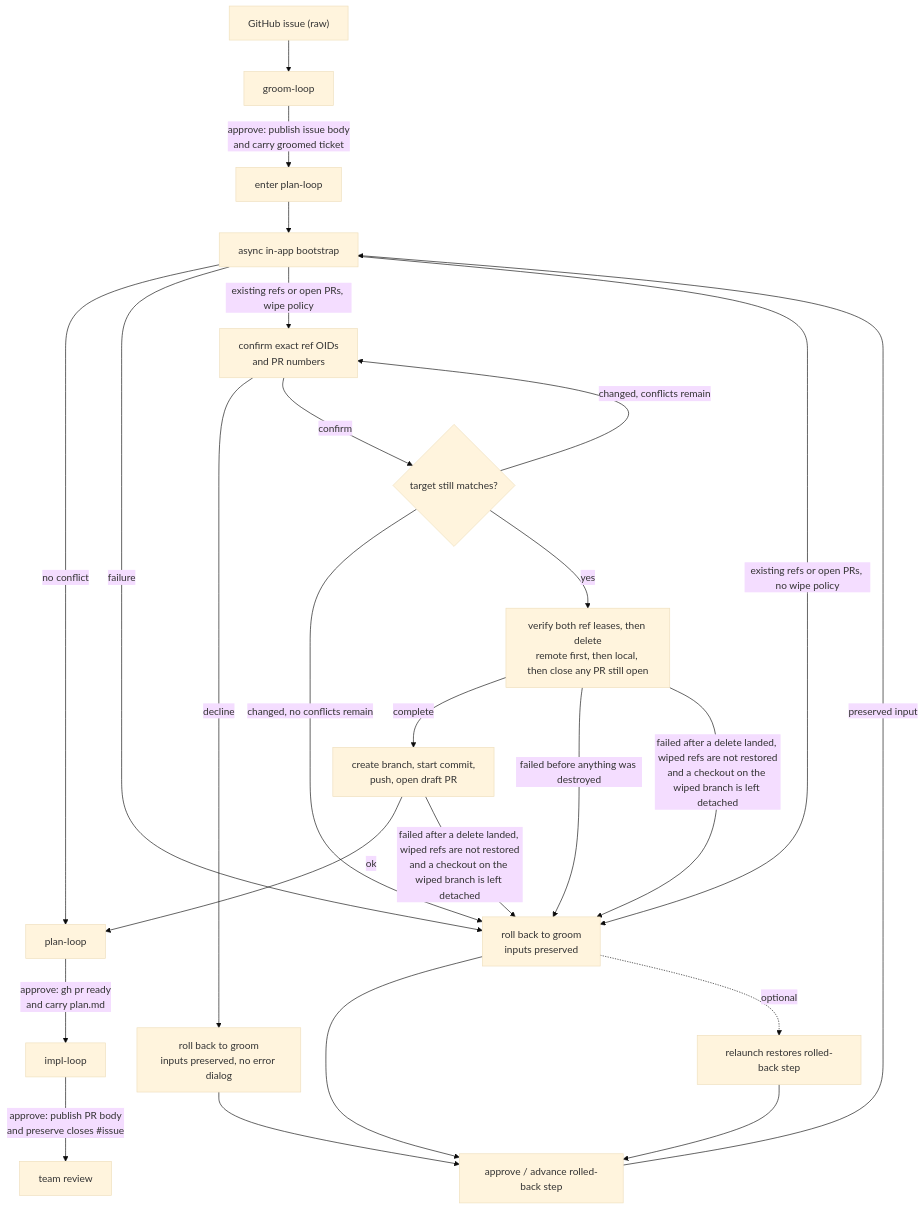
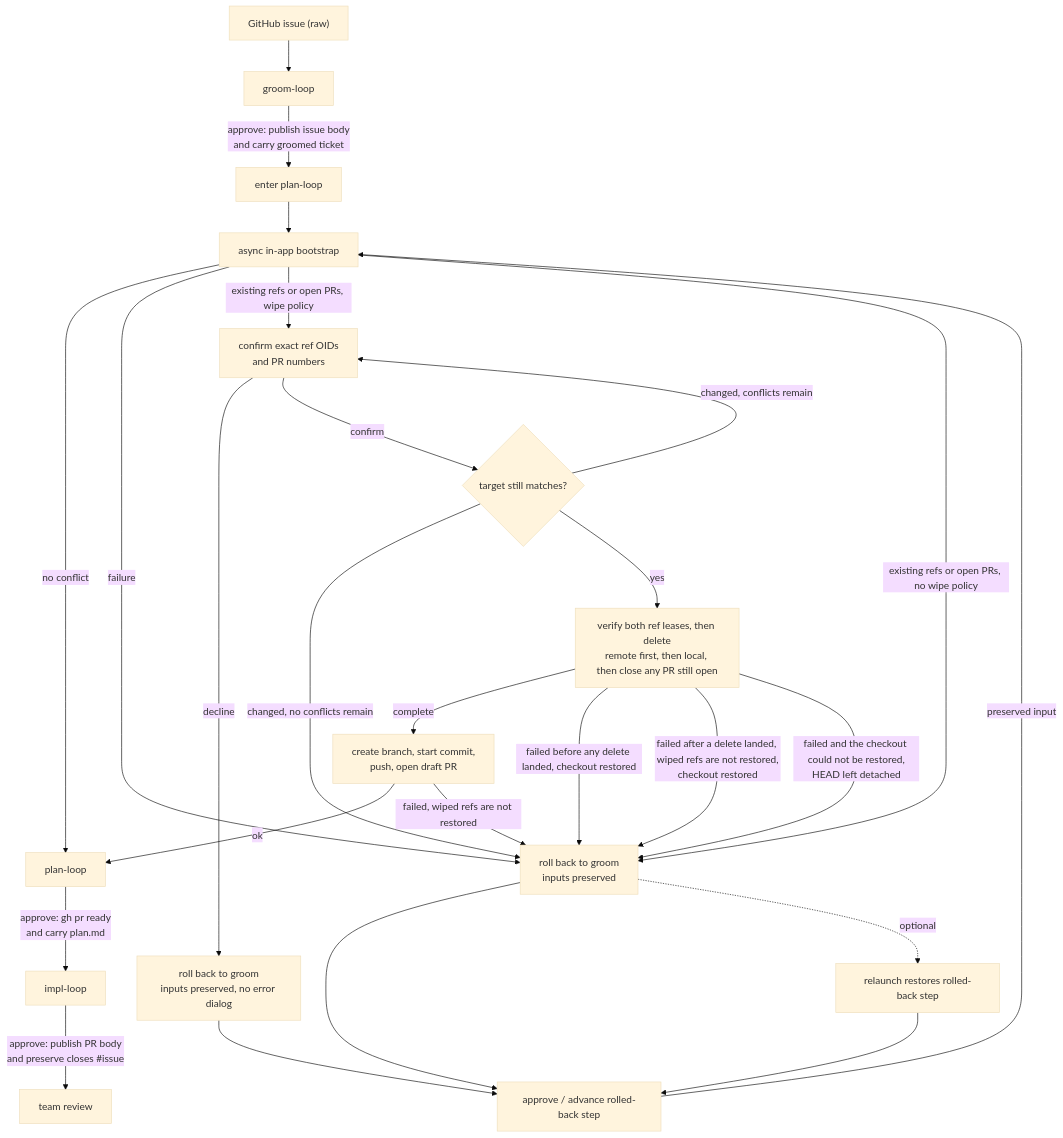
Before and after one commit to dylanb/agent-terminal: the second of 2 diagrams in docs/spec/27-in-terminal-loop-engine-the-live-design.md, drawn with Mermaid (base theme). The commit also changed 1 other file, not shown here.

Commit message:
docs+test: hold the gc precedence, and re-sync the §18.1 listing [skip ci]
The gc regression test proved the flags were PRESENT but not that they
OUTRANK configArgs — it passed none, so reordering the spread left it
green and the precedence rested on a comment. Passing them now kills the
reorder mutant, and the comment goes.

Getting there corrected an assumption: contesting gc.auto alone did NOT
discriminate the ordering, because maintenance.auto=false was suppressing
the run on its own. The caller has to contest both, which also shows
gc.auto=0 alone would not have been sufficient.

The §27.10 wipe edges are re-partitioned again: 12667b1 wrote them from
a round-6 suggestion without re-checking 662a410, which had ADDED
checkout restoration — so "a checkout is left detached" asserted a
residue the code refutes on the ordinary path. Three edges now: nothing
destroyed, a delete landed with the checkout restored, and the restore
failed too.

And §18.1's listing is a byte-copy of example/flow/flow.yaml again after
83ac5ca added the todo_template bindings to one side only; §18.2's kind
grant no longer reads as manual-only, which main's own shipped flow
already contradicted.

````diff
--- a/docs/spec/27-in-terminal-loop-engine-the-live-design.md
+++ b/docs/spec/27-in-terminal-loop-engine-the-live-design.md
@@ -134,27 +134,28 @@
 ```mermaid
 flowchart TD
   RAW["GitHub issue (raw)"] --> G["groom-loop"]
   G -->|"approve: publish issue body<br/>and carry groomed ticket"| PE["enter plan-loop"]
   PE --> BOOT["async in-app bootstrap"]
   BOOT -->|"no conflict"| P["plan-loop"]
   BOOT -->|"failure"| RB["roll back to groom<br/>inputs preserved"]
   BOOT -->|"existing refs or open PRs, wipe policy"| CF["confirm exact ref OIDs<br/>and PR numbers"]
   BOOT -->|"existing refs or open PRs, no wipe policy"| RB
   CF -->|"decline"| RBQ["roll back to groom<br/>inputs preserved, no error dialog"]
   CF -->|"confirm"| CHECK{"target still matches?"}
   CHECK -->|"changed, conflicts remain"| CF
   CHECK -->|"changed, no conflicts remain"| RB
   CHECK -->|"yes"| WIPE["verify both ref leases, then delete<br/>remote first, then local, then close any PR still open"]
   WIPE -->|"complete"| CREATE["create branch, start commit,<br/>push, open draft PR"]
   CREATE -->|"ok"| P
-  CREATE -->|"failed after a delete landed, wiped refs are not restored<br/>and a checkout on the wiped branch is left detached"| RB
-  WIPE -->|"failed before anything was destroyed"| RB
-  WIPE -->|"failed after a delete landed, wiped refs are not restored<br/>and a checkout on the wiped branch is left detached"| RB
+  CREATE -->|"failed, wiped refs are not restored"| RB
+  WIPE -->|"failed before any delete landed, checkout restored"| RB
+  WIPE -->|"failed after a delete landed, wiped refs are not restored,<br/>checkout restored"| RB
+  WIPE -->|"failed and the checkout could not be restored,<br/>HEAD left detached"| RB
   RBQ --> RETRY
   RB --> RETRY["approve / advance rolled-back step"]
   RB -.->|"optional"| RELAUNCH["relaunch restores rolled-back step"]
   RELAUNCH --> RETRY
   RETRY -->|"preserved input"| BOOT
   P -->|"approve: gh pr ready<br/>and carry plan.md"| I["impl-loop"]
   I -->|"approve: publish PR body<br/>and preserve closes #issue"| TR["team review"]
 ```
````
